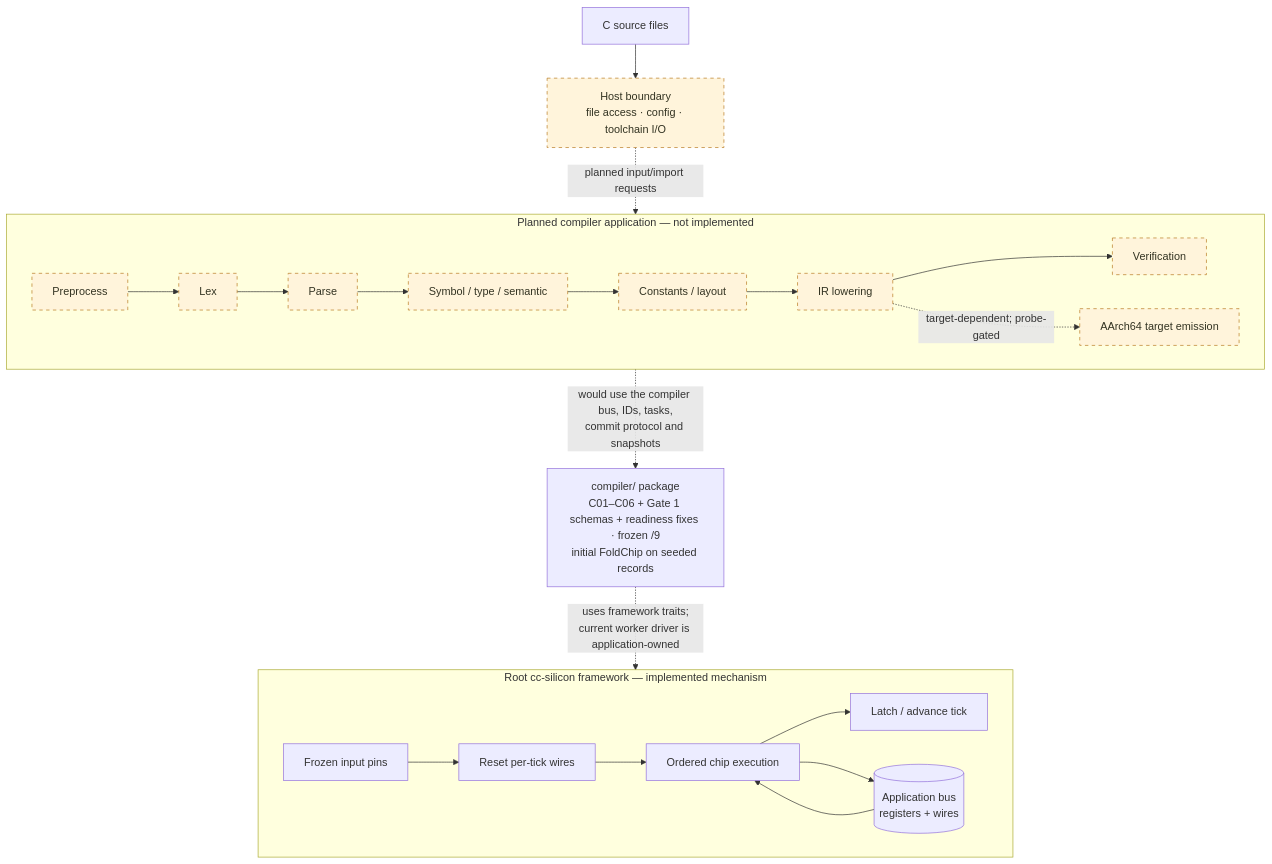
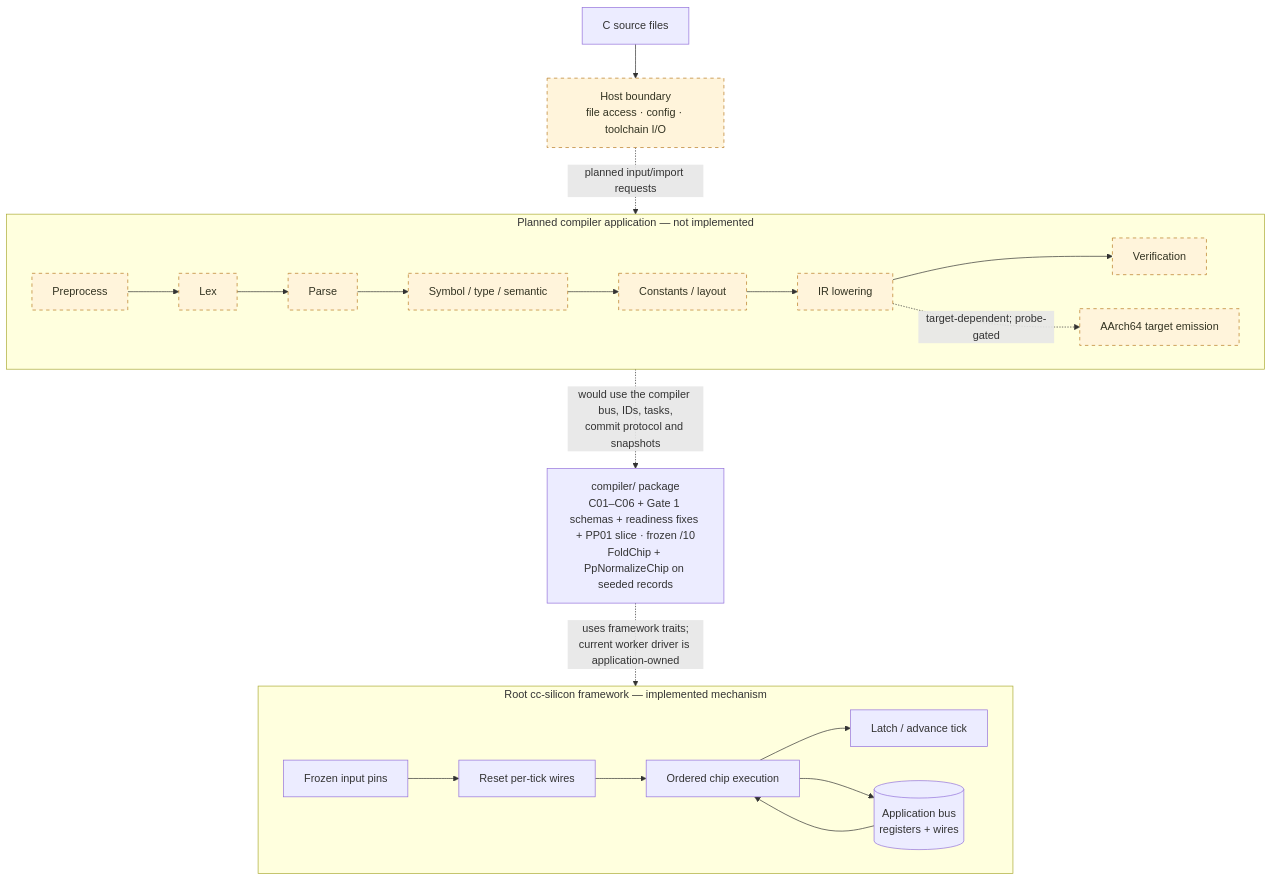
The first of 2 diagrams in README.md (immane/cc-silicon), drawn with Mermaid before and after one commit. The commit also changed other lines of this file and 20 other files, not shown here.

First line of the commit message:
feat: add Wave 2 PP01 source-normalize slice as t01-c01-c06/10

````diff
--- a/README.md
+++ b/README.md
@@ -130,28 +130,28 @@
 ```mermaid
 flowchart TB
     SRC["C source files"] --> HOST["Host boundary<br/>file access · config · toolchain I/O"]
     HOST -. "planned input/import requests" .-> PIPE
 
     subgraph PIPE["Planned compiler application — not implemented"]
         direction LR
         PP["Preprocess"] --> LEX["Lex"] --> PARSE["Parse"] --> SEM["Symbol / type / semantic"]
         SEM --> CONST["Constants / layout"] --> IR["IR lowering"] --> VERIFY["Verification"]
         IR -. "target-dependent; probe-gated" .-> TARGET["AArch64 target emission"]
     end
 
-    FOUNDATION["compiler/ package<br/>C01–C06 + Gate 1 schemas + readiness fixes · frozen /9<br/>initial FoldChip on seeded records"]
+    FOUNDATION["compiler/ package<br/>C01–C06 + Gate 1 schemas + readiness fixes + PP01 slice · frozen /10<br/>FoldChip + PpNormalizeChip on seeded records"]
     PIPE -. "would use the compiler bus, IDs, tasks,<br/>commit protocol and snapshots" .-> FOUNDATION
 
     subgraph RUNTIME["Root cc-silicon framework — implemented mechanism"]
         direction LR
         PINS["Frozen input pins"] --> RESET["Reset per-tick wires"] --> CHIPS["Ordered chip execution"]
         CHIPS --> LATCH["Latch / advance tick"]
         BUS[("Application bus<br/>registers + wires")]
         BUS --> CHIPS
         CHIPS --> BUS
     end
     FOUNDATION -. "uses framework traits;<br/>current worker driver is application-owned" .-> RUNTIME
 
     classDef planned fill:#fff4db,stroke:#b7791f,stroke-dasharray:5 5,color:#332;
     class PP,LEX,PARSE,SEM,CONST,IR,VERIFY,TARGET,HOST planned;
 ```
````
